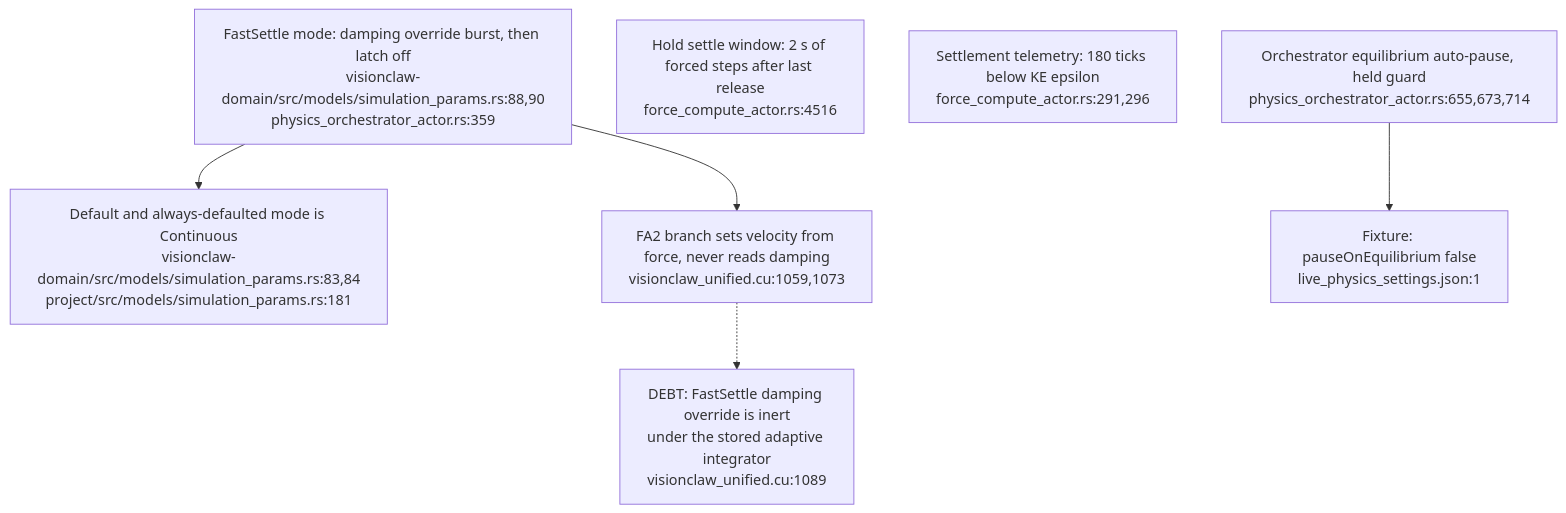
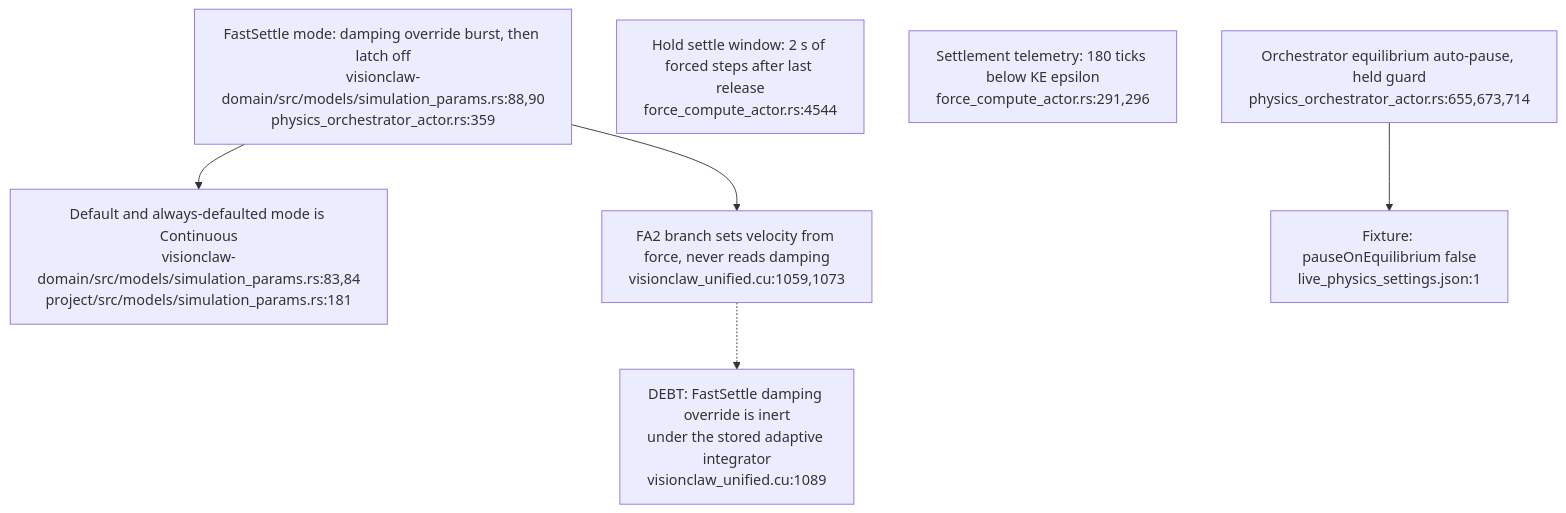
One commit to DreamLab-AI/VisionFlow changed the third of 5 diagrams in docs/diagrams/visionclaw/54-layout-mode-step-cadence-and-settle.md. Above: the diagram before and after it, drawn with Mermaid. The commit also changed other lines of this file and 56 other files, not shown here.

First line of the commit message:
docs(diagrams): re-verify VisionClaw topics at ec785afa9, add VC-19/56/57 and the VisionClaw register

````diff
--- a/docs/diagrams/visionclaw/54-layout-mode-step-cadence-and-settle.md
+++ b/docs/diagrams/visionclaw/54-layout-mode-step-cadence-and-settle.md
@@ -71,9 +80,9 @@
 ```mermaid
 flowchart TD
     FS["FastSettle mode: damping override burst, then latch off<br/>visionclaw-domain/src/models/simulation_params.rs:88,90<br/>physics_orchestrator_actor.rs:359"] --> DEF["Default and always-defaulted mode is Continuous<br/>visionclaw-domain/src/models/simulation_params.rs:83,84<br/>project/src/models/simulation_params.rs:181"]
-    WIN["Hold settle window: 2 s of forced steps after last release<br/>force_compute_actor.rs:4516"]
+    WIN["Hold settle window: 2 s of forced steps after last release<br/>force_compute_actor.rs:4544"]
     TEL["Settlement telemetry: 180 ticks below KE epsilon<br/>force_compute_actor.rs:291,296"]
     EQ["Orchestrator equilibrium auto-pause, held guard<br/>physics_orchestrator_actor.rs:655,673,714"] --> OFF["Fixture: pauseOnEquilibrium false<br/>live_physics_settings.json:1"]
     FS --> FA2["FA2 branch sets velocity from force, never reads damping<br/>visionclaw_unified.cu:1059,1073"]
     FA2 -.-> D1["DEBT: FastSettle damping override is inert<br/>under the stored adaptive integrator<br/>visionclaw_unified.cu:1089"]
 ```
````
